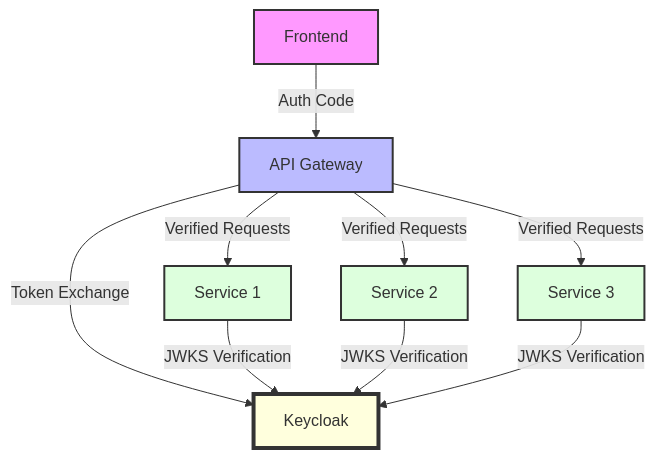
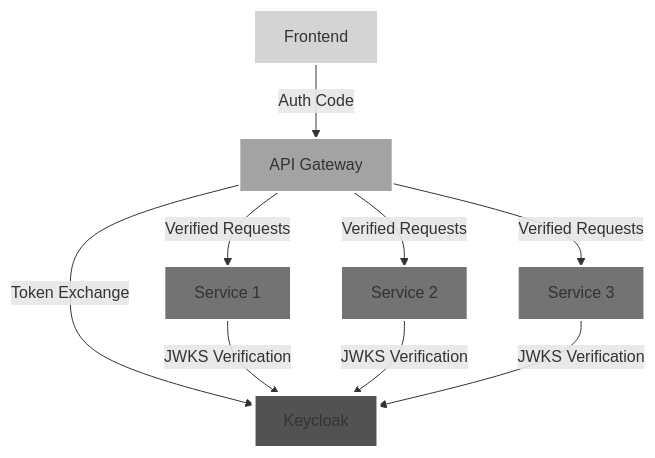
The third of 3 diagrams in blog-post.md (Iteam1337/poc-sso), drawn with Mermaid before and after one commit. The commit also changed other lines of this file and 1 other file, not shown here.

Commit message:
style: Improve Mermaid chart readability with monochromatic color scheme

````diff
--- a/blog-post.md
+++ b/blog-post.md
@@ -280,18 +280,18 @@
 ```mermaid
 graph TD
     A[Frontend] -->|Auth Code| B[API Gateway]
     B -->|Token Exchange| K[Keycloak]
     B -->|Verified Requests| C[Service 1]
     B -->|Verified Requests| D[Service 2]
     B -->|Verified Requests| E[Service 3]
     C -->|JWKS Verification| K
     D -->|JWKS Verification| K
     E -->|JWKS Verification| K
     
-    style A fill:#f9f,stroke:#333,stroke-width:2px
-    style B fill:#bbf,stroke:#333,stroke-width:2px
-    style K fill:#ffd,stroke:#333,stroke-width:4px
-    style C fill:#dfd,stroke:#333,stroke-width:2px
-    style D fill:#dfd,stroke:#333,stroke-width:2px
-    style E fill:#dfd,stroke:#333,stroke-width:2px
+    style A fill:#d4d4d4,stroke:#ffffff,stroke-width:2px
+    style B fill:#a3a3a3,stroke:#ffffff,stroke-width:2px
+    style K fill:#525252,stroke:#ffffff,stroke-width:4px
+    style C fill:#737373,stroke:#ffffff,stroke-width:2px
+    style D fill:#737373,stroke:#ffffff,stroke-width:2px
+    style E fill:#737373,stroke:#ffffff,stroke-width:2px
 ```
````
